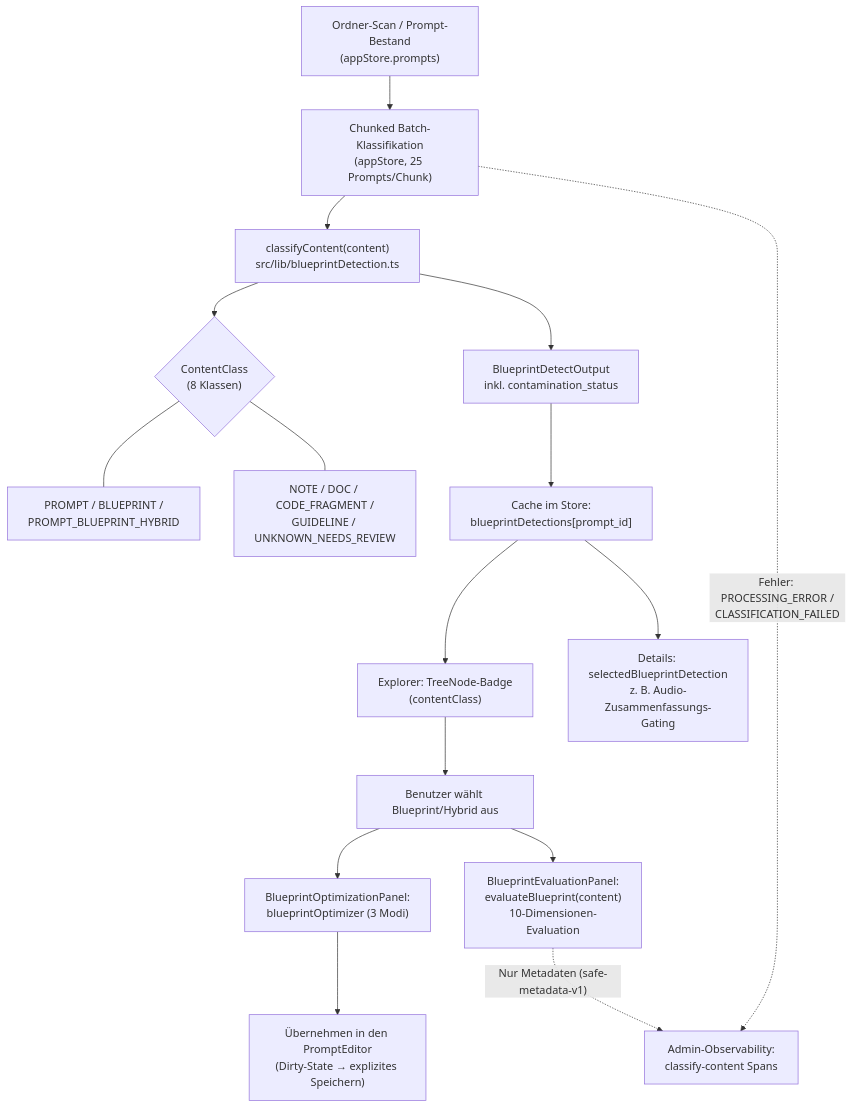
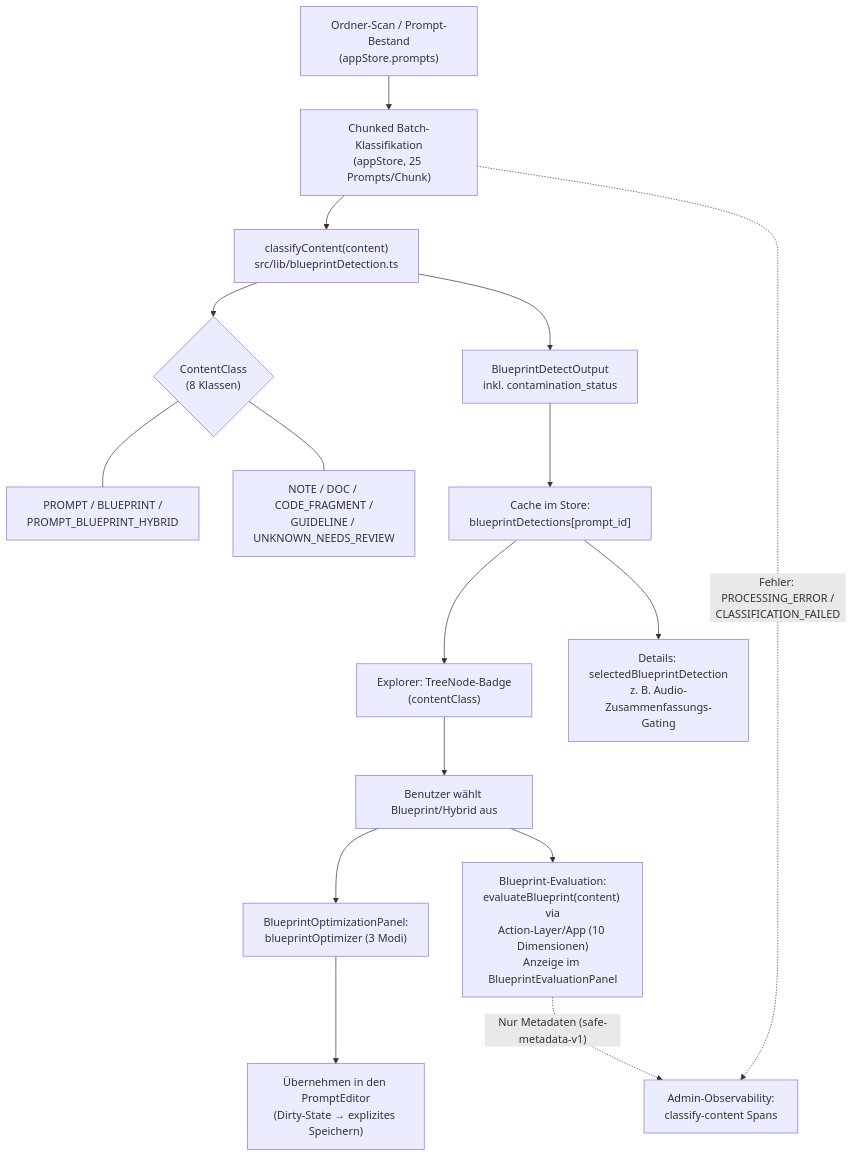
The second of 2 diagrams in docs/ARCHITECTURE.md (Mueller-Systems-Lab/promptvault-lite), drawn with Mermaid before and after one commit. The commit also changed 4 other files, not shown here.

Commit message:
docs: address review — fix remaining v1.12.0 RELEASED contradictions (PROJECT_STATUS next-steps, ROADMAP milestone heading), CLI tense, Mermaid evaluation-node precision, badge URL encoding

````diff
--- a/docs/ARCHITECTURE.md
+++ b/docs/ARCHITECTURE.md
@@ -116,18 +116,18 @@
 ```mermaid
 flowchart TD
     A["Ordner-Scan / Prompt-Bestand<br/>(appStore.prompts)"] --> B["Chunked Batch-Klassifikation<br/>(appStore, 25 Prompts/Chunk)"]
     B --> C["classifyContent(content)<br/>src/lib/blueprintDetection.ts"]
     C --> D{"ContentClass<br/>(8 Klassen)"}
     D --- D1["PROMPT / BLUEPRINT /<br/>PROMPT_BLUEPRINT_HYBRID"]
     D --- D2["NOTE / DOC / CODE_FRAGMENT /<br/>GUIDELINE / UNKNOWN_NEEDS_REVIEW"]
     C --> E["BlueprintDetectOutput<br/>inkl. contamination_status"]
     E --> F["Cache im Store:<br/>blueprintDetections[prompt_id]"]
     F --> G["Explorer: TreeNode-Badge<br/>(contentClass)"]
     F --> H["Details: selectedBlueprintDetection<br/>z. B. Audio-Zusammenfassungs-Gating"]
     G --> I["Benutzer wählt Blueprint/Hybrid aus"]
-    I --> J["BlueprintEvaluationPanel:<br/>evaluateBlueprint(content)<br/>10-Dimensionen-Evaluation"]
+    I --> J["Blueprint-Evaluation:<br/>evaluateBlueprint(content) via<br/>Action-Layer/App (10 Dimensionen)<br/>Anzeige im BlueprintEvaluationPanel"]
     I --> K["BlueprintOptimizationPanel:<br/>blueprintOptimizer (3 Modi)"]
     K --> L["Übernehmen in den PromptEditor<br/>(Dirty-State → explizites Speichern)"]
     B -. "Fehler: PROCESSING_ERROR /<br/>CLASSIFICATION_FAILED" .-> M["Admin-Observability:<br/>classify-content Spans"]
     J -. "Nur Metadaten (safe-metadata-v1)" .-> M
 ```
````
